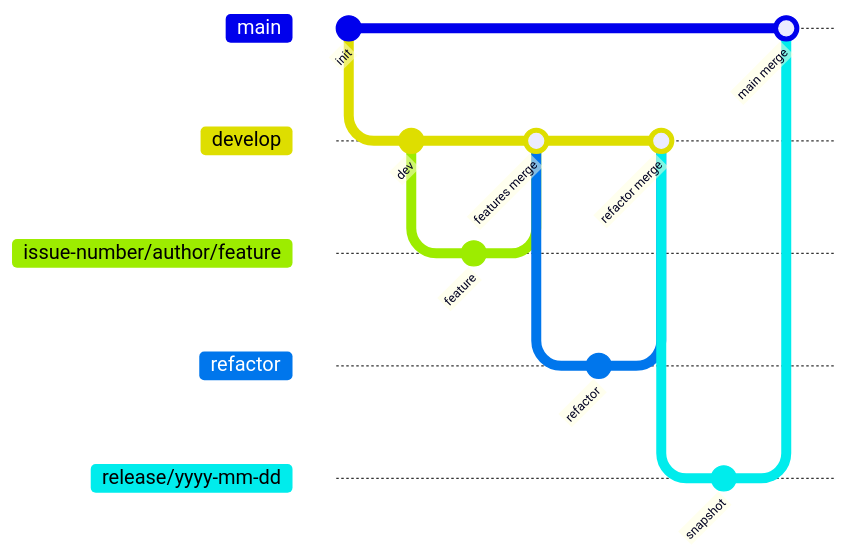
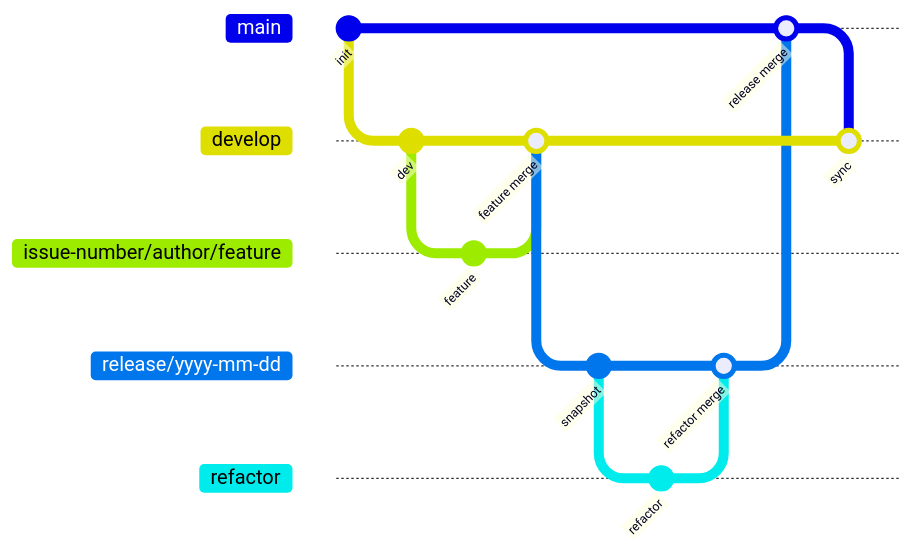
Before and after one commit to kakao-tech-campus-3rd-step3/Team2_BE: the diagram in README.md, drawn with Mermaid.

Commit message:
docs: update branch flow

````diff
--- a/README.md
+++ b/README.md
@@ -22,20 +22,22 @@
 ```mermaid
 gitGraph
-  commit id:"init"
+  commit id: "init"
   branch develop
   checkout develop
   commit id: "dev"
-  branch "issue-number/author/feature"
-  commit id:"feature"
+  branch issue-number/author/feature
+  commit id: "feature"
   checkout develop
-  merge "issue-number/author/feature" id:"features merge"
-  branch "refactor"
+  merge issue-number/author/feature id: "feature merge"
+  branch release/yyyy-mm-dd
+  checkout release/yyyy-mm-dd
+  commit id: "snapshot"
+  branch refactor
   commit id: "refactor"
+  checkout release/yyyy-mm-dd
+  merge refactor id:"refactor merge"
+  checkout main
+  merge release/yyyy-mm-dd id:"release merge"
   checkout develop
-  merge "refactor" id:"refactor merge"
-  branch "release/yyyy-mm-dd"
-  checkout "release/yyyy-mm-dd"
-  commit id:"snapshot"
-  checkout main
-  merge "release/yyyy-mm-dd" id:"main merge"
+  merge main id: "sync"
 ```
````
